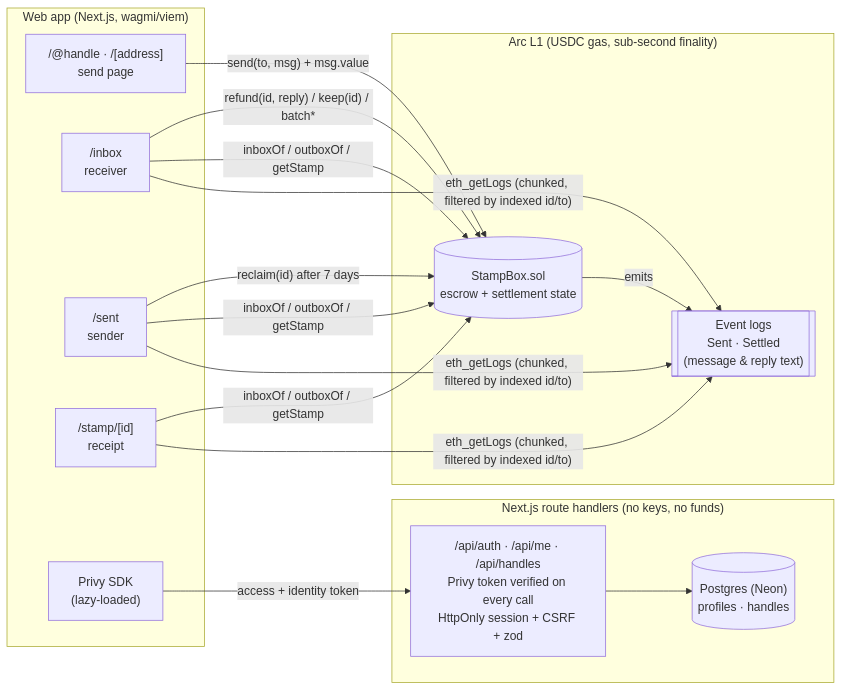
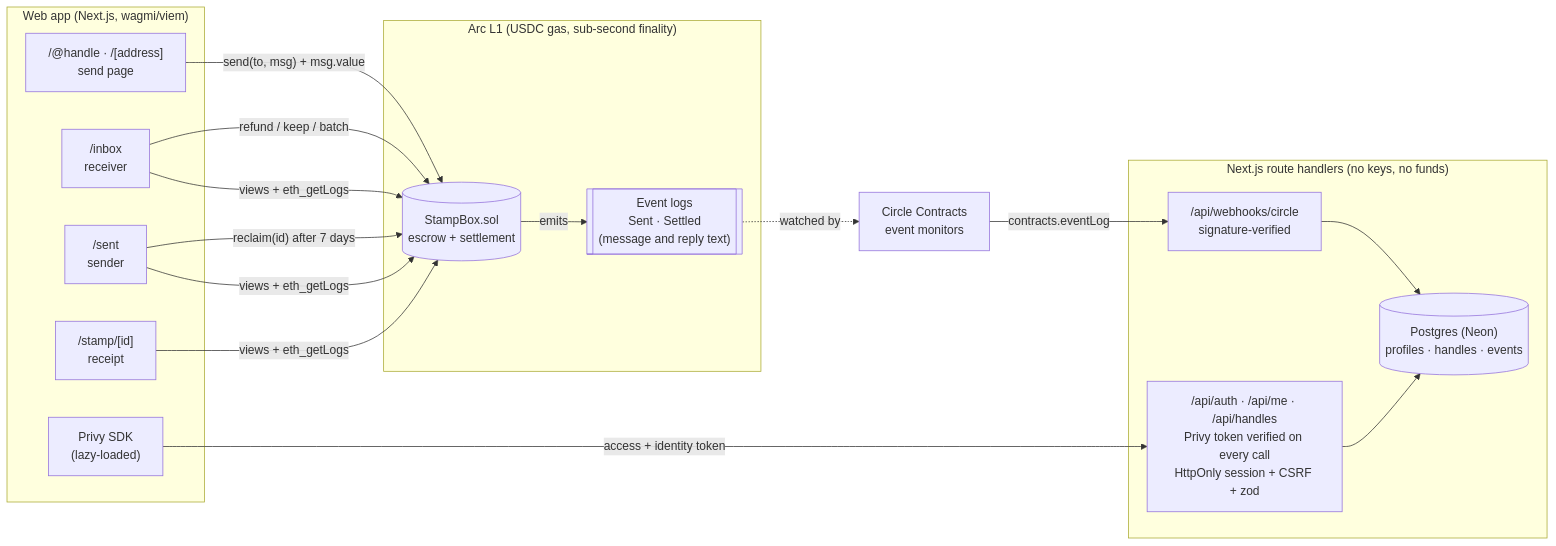
The first of 2 diagrams in README.md (SuryaXyz-art/stamp), drawn with Mermaid before and after one commit. The commit also changed other lines of this file and 13 other files, not shown here.

First line of the commit message:
Deploy StampBox to Arc mainnet

````diff
--- a/README.md
+++ b/README.md
@@ -66,29 +89,34 @@
 ```mermaid
 flowchart LR
     subgraph Browser["Web app (Next.js, wagmi/viem)"]
       Send["/@handle · /[address]<br/>send page"]
       Inbox["/inbox<br/>receiver"]
       Sent["/sent<br/>sender"]
       Receipt["/stamp/[id]<br/>receipt"]
       Auth["Privy SDK<br/>(lazy-loaded)"]
     end
 
     subgraph Server["Next.js route handlers (no keys, no funds)"]
       API["/api/auth · /api/me · /api/handles<br/>Privy token verified on every call<br/>HttpOnly session + CSRF + zod"]
-      DB[("Postgres (Neon)<br/>profiles · handles")]
+      DB[("Postgres (Neon)<br/>profiles · handles · events")]
+      Hook["/api/webhooks/circle<br/>signature-verified"]
     end
 
     subgraph Arc["Arc L1 (USDC gas, sub-second finality)"]
-      Box[("StampBox.sol<br/>escrow + settlement state")]
-      Logs[["Event logs<br/>Sent · Settled<br/>(message & reply text)"]]
+      Box[("StampBox.sol<br/>escrow + settlement")]
+      Logs[["Event logs<br/>Sent · Settled<br/>(message and reply text)"]]
     end
 
+    Circle["Circle Contracts<br/>event monitors"]
+
     Send -- "send(to, msg) + msg.value" --> Box
-    Inbox -- "refund(id, reply) / keep(id) / batch*" --> Box
+    Inbox -- "refund / keep / batch" --> Box
     Sent -- "reclaim(id) after 7 days" --> Box
     Box -- emits --> Logs
-    Inbox & Sent & Receipt -- "inboxOf / outboxOf / getStamp" --> Box
-    Inbox & Sent & Receipt -- "eth_getLogs (chunked, filtered by indexed id/to)" --> Logs
+    Inbox & Sent & Receipt -- "views + eth_getLogs" --> Box
     Auth -- "access + identity token" --> API
     API --> DB
+    Logs -. watched by .-> Circle
+    Circle -- "contracts.eventLog" --> Hook
+    Hook --> DB
 ```
````
